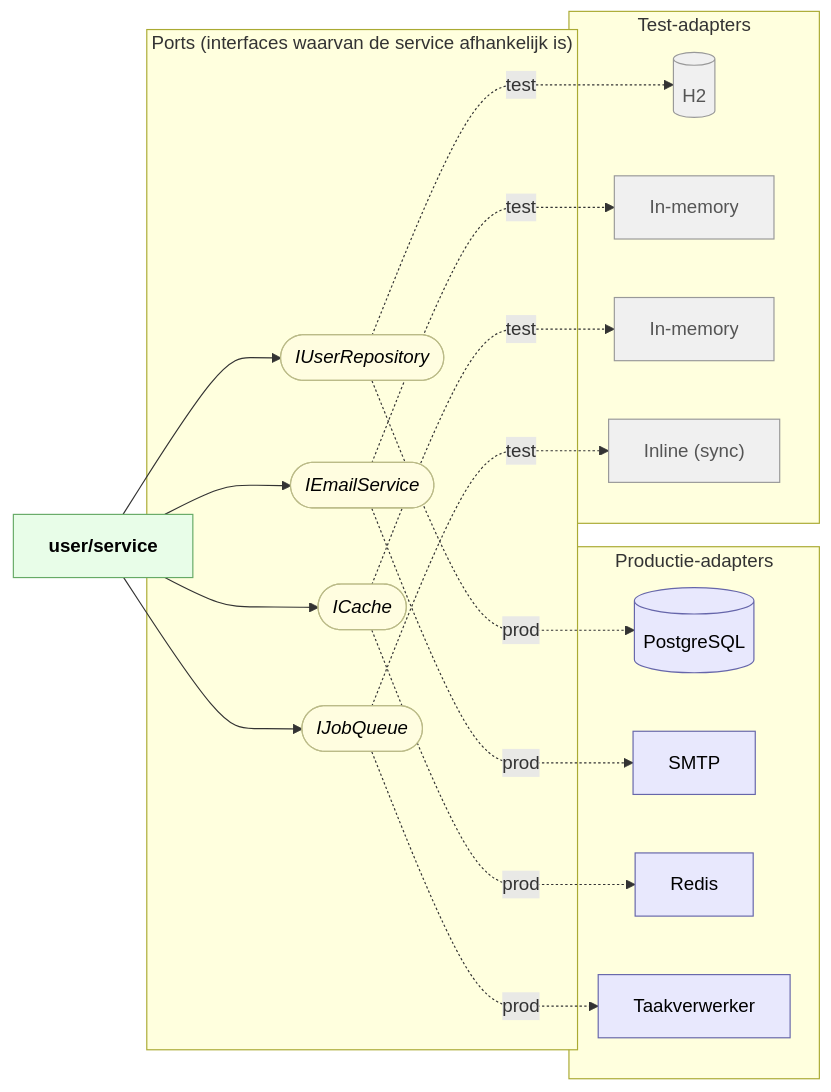
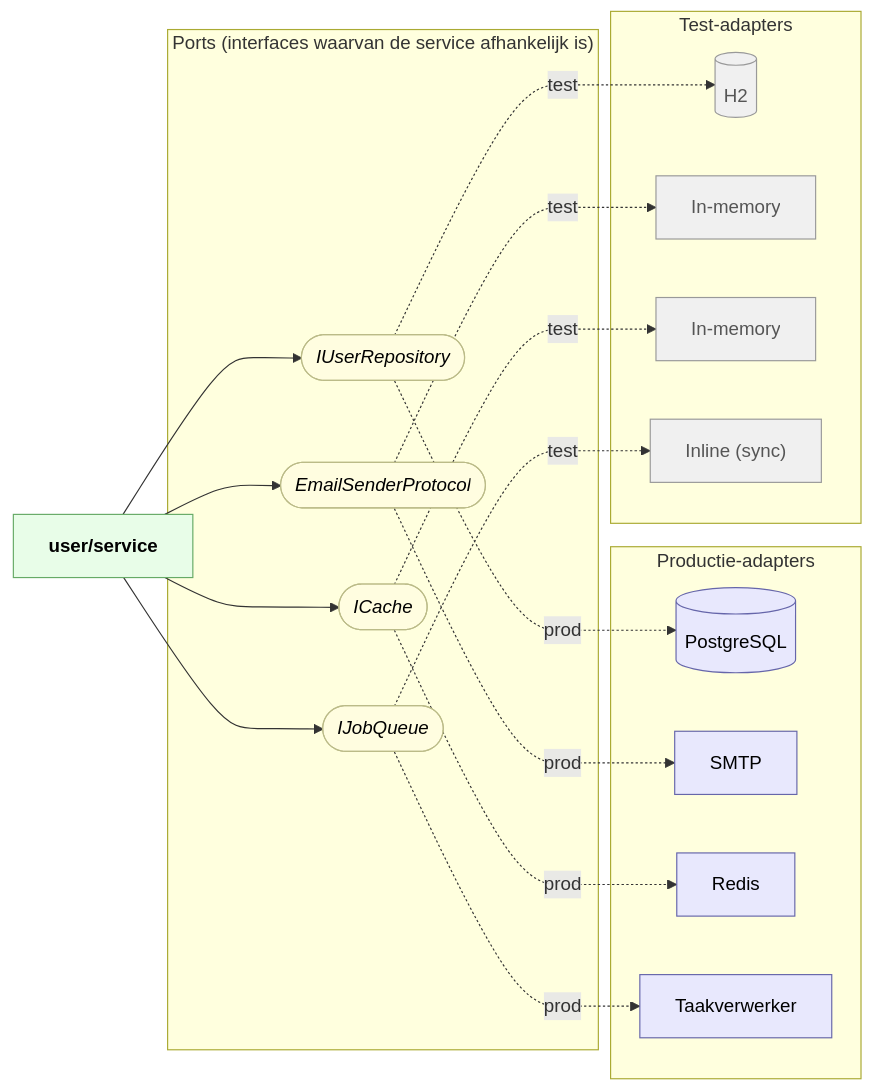
The fourth of 5 diagrams in dev-docs/presentations/fc-is-hexagonal-nl.adoc (thijs-creemers/boundary), drawn with Mermaid before and after one commit. The commit also changed other lines of this file, not shown here.

First line of the commit message:
docs(user): update hexagonal presentation — IEmailService -> EmailSenderProtocol (BOU-170)

```diff
--- a/dev-docs/presentations/fc-is-hexagonal-nl.adoc
+++ b/dev-docs/presentations/fc-is-hexagonal-nl.adoc
@@ -616,47 +616,47 @@
 [mermaid,format=svg,width=100%]
 ....
 flowchart LR
     SVC["user/service"]
 
     subgraph ports["Ports (interfaces waarvan de service afhankelijk is)"]
         REPO(["IUserRepository"])
-        MAIL(["IEmailService"])
+        MAIL(["EmailSenderProtocol"])
         CACHE(["ICache"])
         JOBS(["IJobQueue"])
     end
 
     subgraph prod["Productie-adapters"]
         PG[("PostgreSQL")]
         SMTP["SMTP"]
         REDIS["Redis"]
         WORKER["Taakverwerker"]
     end
 
     subgraph test["Test-adapters"]
         H2[("H2")]
         FAKE_MAIL["In-memory"]
         FAKE_CACHE["In-memory"]
         INLINE["Inline (sync)"]
     end
 
     SVC --> REPO & MAIL & CACHE & JOBS
 
     REPO -.->|prod| PG
     MAIL -.->|prod| SMTP
     CACHE -.->|prod| REDIS
     JOBS -.->|prod| WORKER
 
     REPO -.->|test| H2
     MAIL -.->|test| FAKE_MAIL
     CACHE -.->|test| FAKE_CACHE
     JOBS -.->|test| INLINE
 
     classDef port fill:#fffde0,stroke:#bb8,color:#000,font-style:italic
     classDef svc fill:#e8fde8,stroke:#6a6,color:#000,font-weight:bold
     classDef prod_a fill:#e8e8fd,stroke:#66a,color:#000
     classDef test_a fill:#f0f0f0,stroke:#999,color:#555
     class REPO,MAIL,CACHE,JOBS port
     class SVC svc
     class PG,SMTP,REDIS,WORKER prod_a
     class H2,FAKE_MAIL,FAKE_CACHE,INLINE test_a
 ....
```
